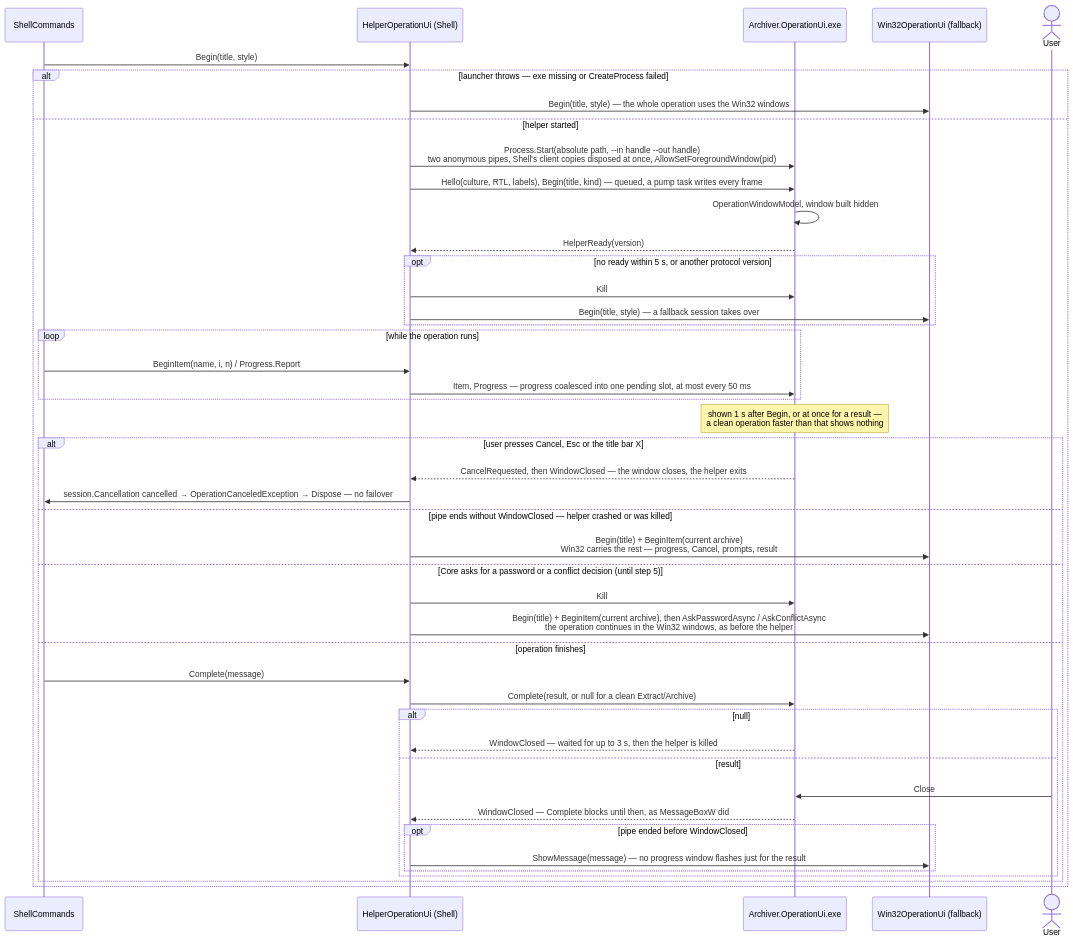
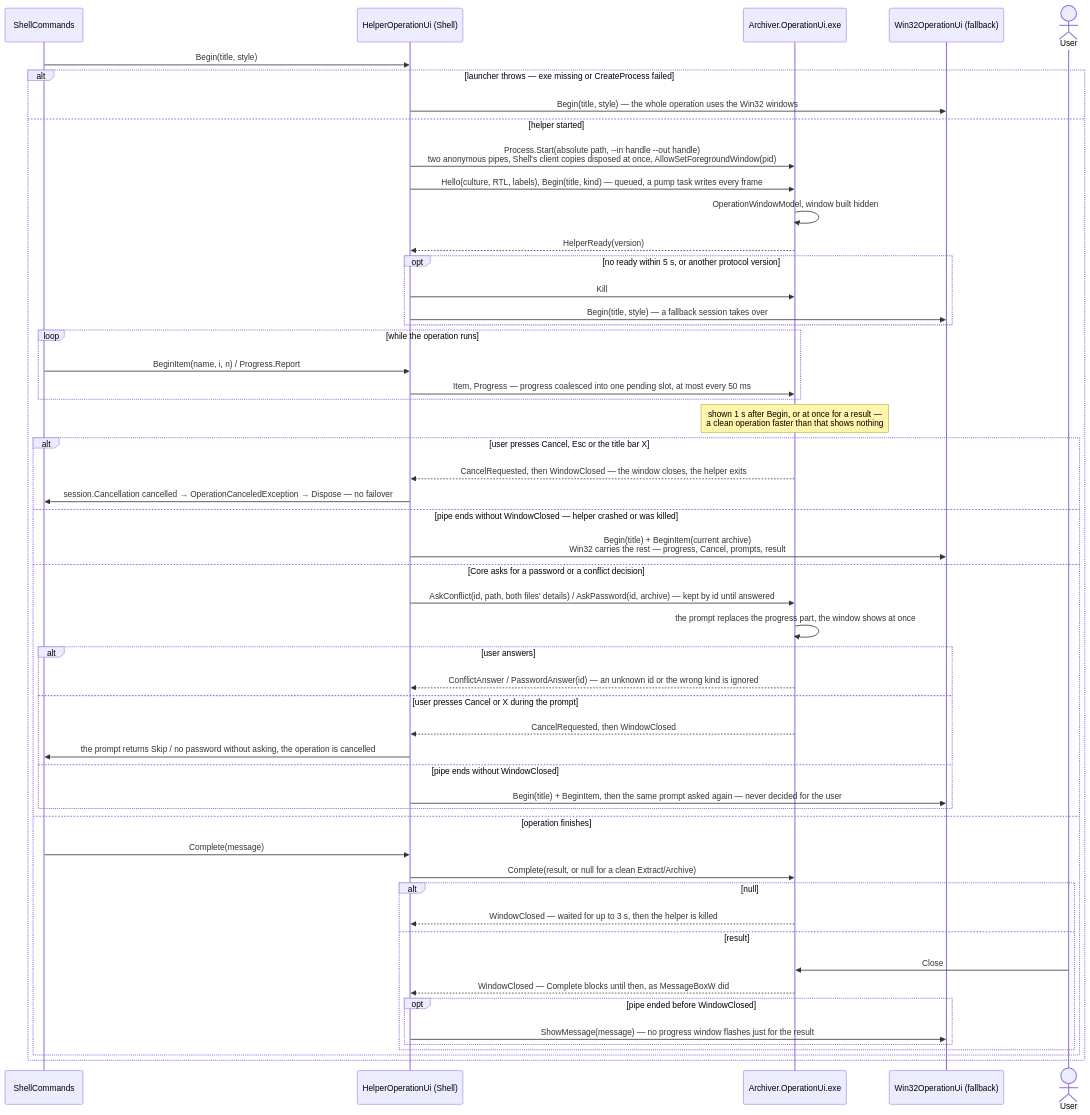
The eighth of 8 diagrams in docs/DIAGRAMS.md (pakkoapp-oss/pakko), drawn with Mermaid before and after one commit. The commit also changed other lines of this file and 26 other files, not shown here.

First line of the commit message:
feat(T-F268): step 5 - conflict and password prompts in the operation window

````diff
--- a/docs/DIAGRAMS.md
+++ b/docs/DIAGRAMS.md
@@ -922,48 +922,56 @@
 ```mermaid
 sequenceDiagram
     participant Cmd as ShellCommands
     participant HUI as HelperOperationUi (Shell)
     participant H as Archiver.OperationUi.exe
     participant W as Win32OperationUi (fallback)
     actor User
 
     Cmd->>HUI: Begin(title, style)
     alt launcher throws — exe missing or CreateProcess failed
         HUI->>W: Begin(title, style) — the whole operation uses the Win32 windows
     else helper started
         HUI->>H: Process.Start(absolute path, --in handle --out handle)<br/>two anonymous pipes, Shell's client copies disposed at once, AllowSetForegroundWindow(pid)
         HUI->>H: Hello(culture, RTL, labels), Begin(title, kind) — queued, a pump task writes every frame
         H->>H: OperationWindowModel, window built hidden
         H-->>HUI: HelperReady(version)
         opt no ready within 5 s, or another protocol version
             HUI->>H: Kill
             HUI->>W: Begin(title, style) — a fallback session takes over
         end
         loop while the operation runs
             Cmd->>HUI: BeginItem(name, i, n) / Progress.Report
             HUI->>H: Item, Progress — progress coalesced into one pending slot, at most every 50 ms
         end
         Note over H: shown 1 s after Begin, or at once for a result —<br/>a clean operation faster than that shows nothing
         alt user presses Cancel, Esc or the title bar X
             H-->>HUI: CancelRequested, then WindowClosed — the window closes, the helper exits
             HUI->>Cmd: session.Cancellation cancelled → OperationCanceledException → Dispose — no failover
         else pipe ends without WindowClosed — helper crashed or was killed
             HUI->>W: Begin(title) + BeginItem(current archive)<br/>Win32 carries the rest — progress, Cancel, prompts, result
-        else Core asks for a password or a conflict decision (until step 5)
-            HUI->>H: Kill
-            HUI->>W: Begin(title) + BeginItem(current archive), then AskPasswordAsync / AskConflictAsync<br/>the operation continues in the Win32 windows, as before the helper
+        else Core asks for a password or a conflict decision
+            HUI->>H: AskConflict(id, path, both files' details) / AskPassword(id, archive) — kept by id until answered
+            H->>H: the prompt replaces the progress part, the window shows at once
+            alt user answers
+                H-->>HUI: ConflictAnswer / PasswordAnswer(id) — an unknown id or the wrong kind is ignored
+            else user presses Cancel or X during the prompt
+                H-->>HUI: CancelRequested, then WindowClosed
+                HUI->>Cmd: the prompt returns Skip / no password without asking, the operation is cancelled
+            else pipe ends without WindowClosed
+                HUI->>W: Begin(title) + BeginItem, then the same prompt asked again — never decided for the user
+            end
         else operation finishes
             Cmd->>HUI: Complete(message)
             HUI->>H: Complete(result, or null for a clean Extract/Archive)
             alt null
                 H-->>HUI: WindowClosed — waited for up to 3 s, then the helper is killed
             else result
                 User->>H: Close
                 H-->>HUI: WindowClosed — Complete blocks until then, as MessageBoxW did
                 opt pipe ended before WindowClosed
                     HUI->>W: ShowMessage(message) — no progress window flashes just for the result
                 end
             end
         end
     end
 ```
````
